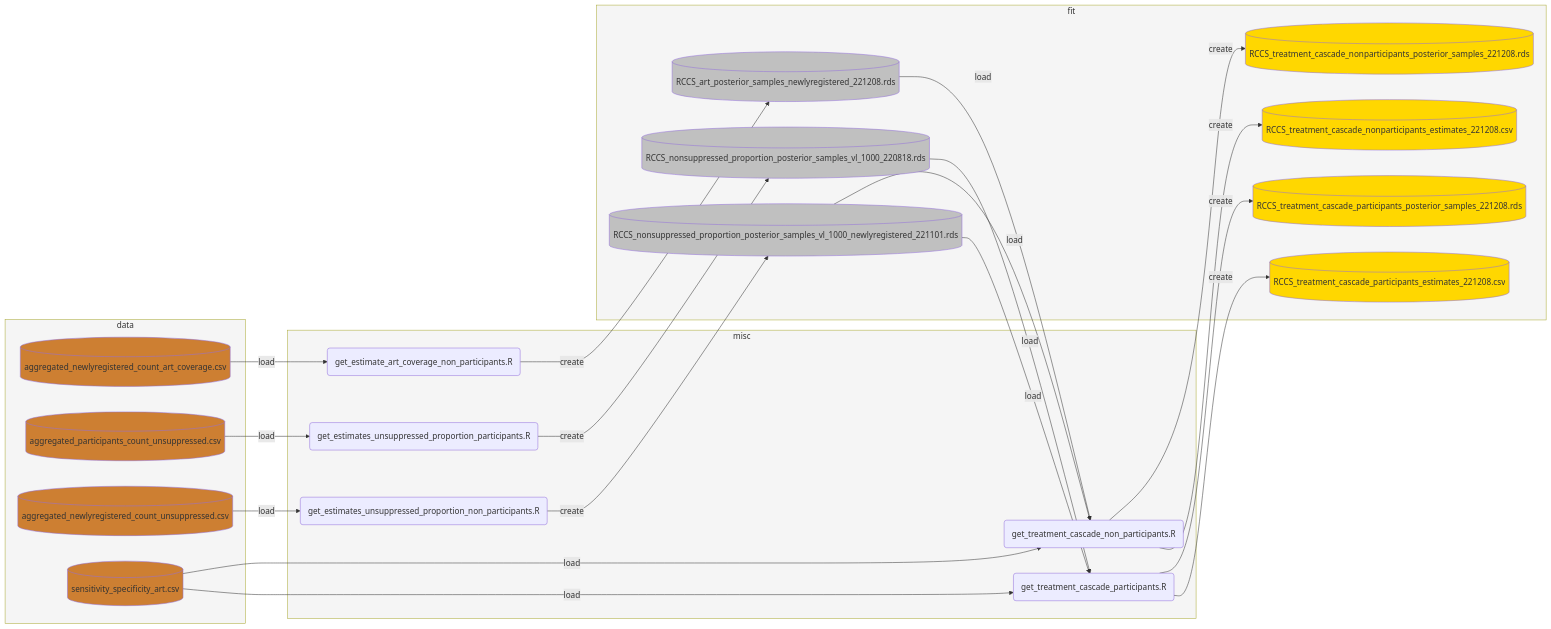
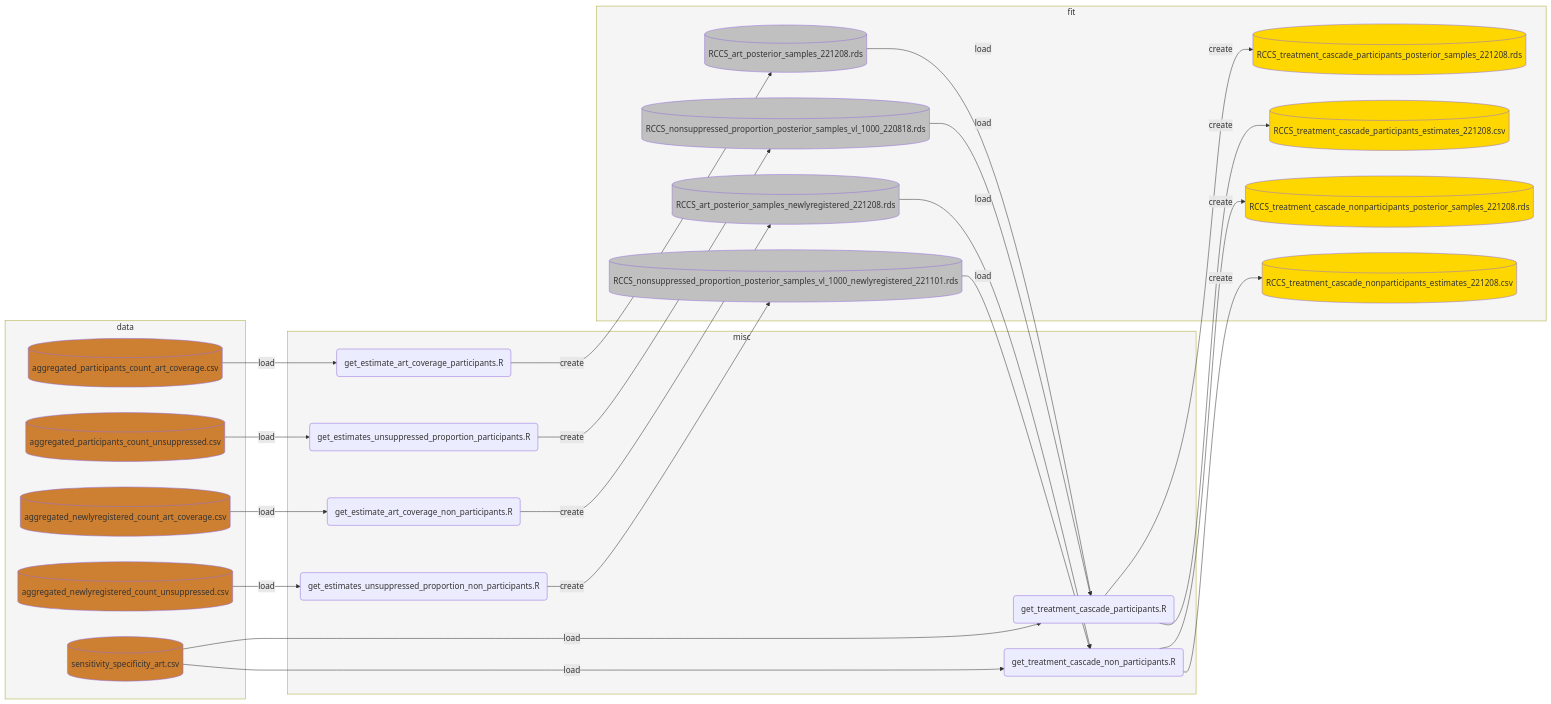
One commit to MLGlobalHealth/phyloSI-RakaiAgeGender changed the first of 3 diagrams in README.md. Above: the diagram before and after it, drawn with Mermaid. The commit also changed other lines of this file, not shown here.

Commit message:
[update] fix flowchart for preprocessing stage 1 and 2

````diff
--- a/README.md
+++ b/README.md
@@ -89,67 +89,73 @@
 ```mermaid
   flowchart LR
     subgraph data
-      d1[(aggregated_newlyregistered_count_art_coverage.csv)]
-      d4[(aggregated_participants_count_unsuppressed.csv)]
-      d2[(aggregated_newlyregistered_count_unsuppressed.csv)]
-      d3[(sensitivity_specificity_art.csv)]
+      d1[(aggregated_participants_count_art_coverage.csv)]
+      d2[(aggregated_newlyregistered_count_art_coverage.csv)]
+      d3[(aggregated_participants_count_unsuppressed.csv)]
+      d4[(aggregated_newlyregistered_count_unsuppressed.csv)]
+      d5[(sensitivity_specificity_art.csv)]
     end
     style d1 fill:#CD7F32
     style d2 fill:#CD7F32
     style d3 fill:#CD7F32
     style d4 fill:#CD7F32
+    style d5 fill:#CD7F32
     style data fill:#F5F5F5
 
     subgraph misc
-      r1(get_estimate_art_coverage_non_participants.R)
-      r5(get_estimates_unsuppressed_proportion_participants.R)
-      r2(get_estimates_unsuppressed_proportion_non_participants.R)
-      r4(get_treatment_cascade_participants.R)
-      r3(get_treatment_cascade_non_participants.R)
+      r1(get_estimate_art_coverage_participants.R)
+      r2(get_estimate_art_coverage_non_participants.R)
+      r3(get_estimates_unsuppressed_proportion_participants.R)
+      r4(get_estimates_unsuppressed_proportion_non_participants.R)
+      r5(get_treatment_cascade_participants.R)
+      r6(get_treatment_cascade_non_participants.R)
     end
     style misc fill:#F5F5F5
 
     subgraph fit
-      f1[(RCCS_art_posterior_samples_newlyregistered_221208.rds)] 
-
-      f7[(RCCS_nonsuppressed_proportion_posterior_samples_vl_1000_220818.rds)]
-
-      f2[(RCCS_nonsuppressed_proportion_posterior_samples_vl_1000_newlyregistered_221101.rds)]
-
-      f3[(RCCS_treatment_cascade_nonparticipants_posterior_samples_221208.rds)]
-      f4[(RCCS_treatment_cascade_nonparticipants_estimates_221208.csv)]
+      f1[(RCCS_art_posterior_samples_221208.rds)]
+      f2[(RCCS_art_posterior_samples_newlyregistered_221208.rds)] 
+      f3[(RCCS_nonsuppressed_proportion_posterior_samples_vl_1000_220818.rds)]
+      f4[(RCCS_nonsuppressed_proportion_posterior_samples_vl_1000_newlyregistered_221101.rds)]
 
       f5[(RCCS_treatment_cascade_participants_posterior_samples_221208.rds)]
       f6[(RCCS_treatment_cascade_participants_estimates_221208.csv)]
+
+      f7[(RCCS_treatment_cascade_nonparticipants_posterior_samples_221208.rds)]
+      f8[(RCCS_treatment_cascade_nonparticipants_estimates_221208.csv)]      
     end
     style f1 fill:#C0C0C0
     style f2 fill:#C0C0C0
-    style f7 fill:#C0C0C0
+    style f3 fill:#C0C0C0
+    style f4 fill:#C0C0C0
 
-    style f3 fill:#FFD700
-    style f4 fill:#FFD700
     style f5 fill:#FFD700
     style f6 fill:#FFD700
+    style f7 fill:#FFD700
+    style f8 fill:#FFD700
     style fit fill:#F5F5F5
-  
+
     d1 -- load --> r1
     r1 -- create --> f1
 
-    d4 -- load --> r5
-    r5 -- create --> f7
-
     d2 -- load --> r2
     r2 -- create --> f2
-    
+
     d3 -- load --> r3
-    f1 -- load --> r3
-    f2 -- load --> r3
     r3 -- create --> f3
-    r3 -- create --> f4
 
-    d3 -- load --> r4
-    f7 -- load --> r4
-    f2 -- load --> r4
-    r4 -- create --> f5
-    r4 -- create --> f6
+    d4 -- load --> r4
+    r4 -- create --> f4
+
+    d5 -- load --> r5
+    f1 -- load --> r5
+    f3 -- load --> r5
+    r5 -- create --> f5
+    r5 -- create --> f6
+
+    d5 -- load --> r6
+    f2 -- load --> r6
+    f4 -- load --> r6
+    r6 -- create --> f7
+    r6 -- create --> f8
 ```
````
